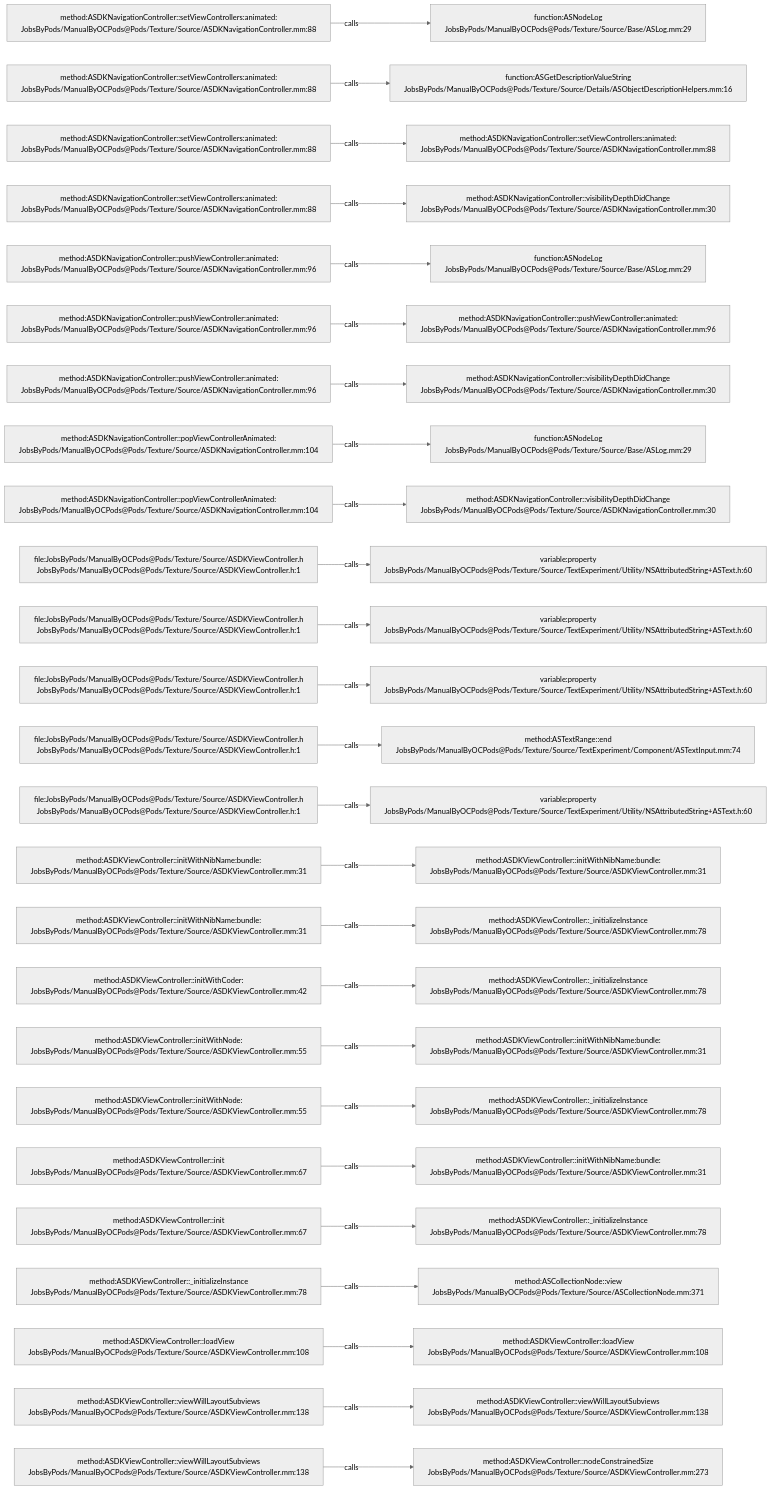
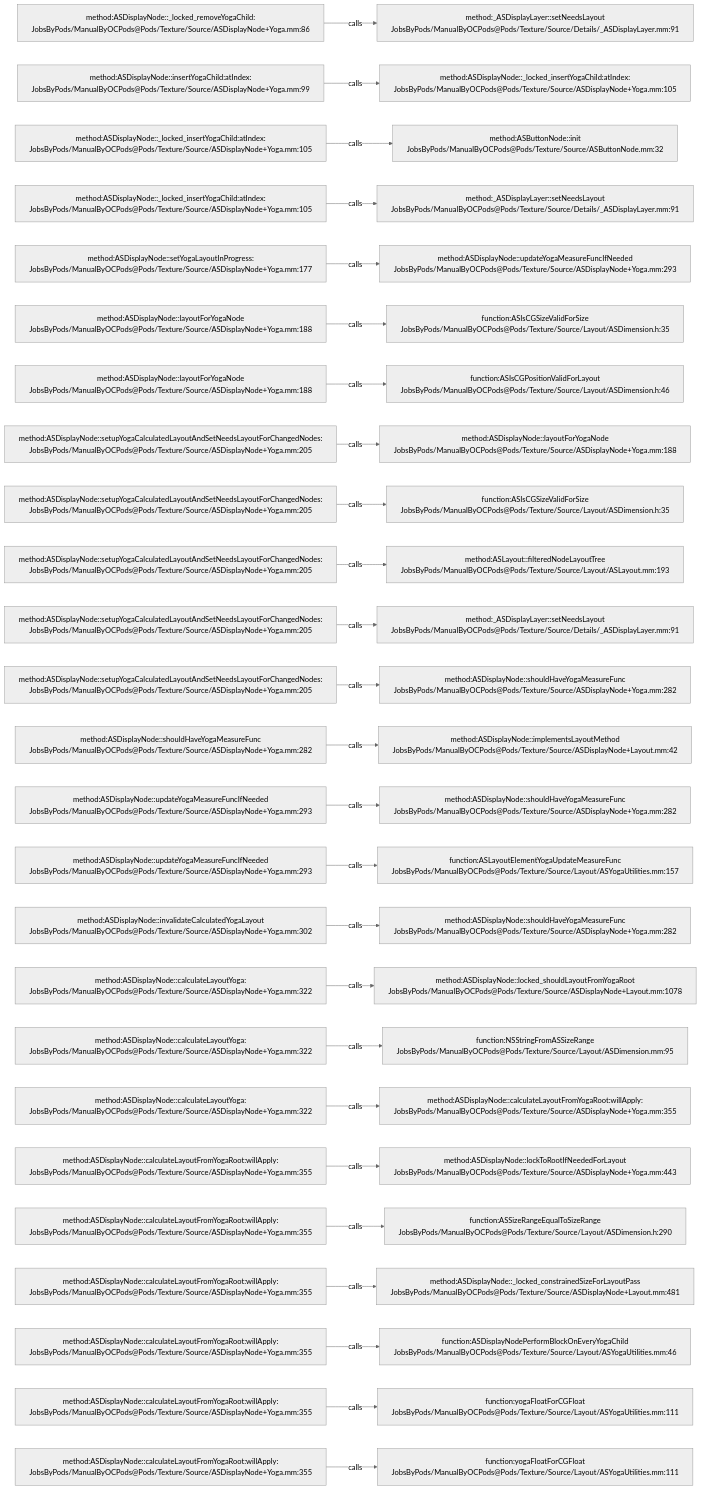
Before and after one commit to JobsKits/JobsOCBaseConfigDemo: the diagram in .codegraph/codegraph.md/graphs/calls-080.md, drawn with Mermaid (neutral theme). The commit also changed 2723 other files, not shown here.

````diff
--- a/.codegraph/codegraph.md/graphs/calls-080.md
+++ b/.codegraph/codegraph.md/graphs/calls-080.md
@@ -13,78 +13,78 @@
 ```mermaid
 flowchart LR
-  S1["method:ASDKNavigationController::setViewControllers:animated:<br/>JobsByPods/ManualByOCPods@Pods/Texture/Source/ASDKNavigationController.mm:88"]
-  T1["function:ASNodeLog<br/>JobsByPods/ManualByOCPods@Pods/Texture/Source/Base/ASLog.mm:29"]
+  S1["method:ASDisplayNode::_locked_removeYogaChild:<br/>JobsByPods/ManualByOCPods@Pods/Texture/Source/ASDisplayNode+Yoga.mm:86"]
+  T1["method:_ASDisplayLayer::setNeedsLayout<br/>JobsByPods/ManualByOCPods@Pods/Texture/Source/Details/_ASDisplayLayer.mm:91"]
   S1 -->|calls| T1
-  S2["method:ASDKNavigationController::setViewControllers:animated:<br/>JobsByPods/ManualByOCPods@Pods/Texture/Source/ASDKNavigationController.mm:88"]
-  T2["function:ASGetDescriptionValueString<br/>JobsByPods/ManualByOCPods@Pods/Texture/Source/Details/ASObjectDescriptionHelpers.mm:16"]
+  S2["method:ASDisplayNode::insertYogaChild:atIndex:<br/>JobsByPods/ManualByOCPods@Pods/Texture/Source/ASDisplayNode+Yoga.mm:99"]
+  T2["method:ASDisplayNode::_locked_insertYogaChild:atIndex:<br/>JobsByPods/ManualByOCPods@Pods/Texture/Source/ASDisplayNode+Yoga.mm:105"]
   S2 -->|calls| T2
-  S3["method:ASDKNavigationController::setViewControllers:animated:<br/>JobsByPods/ManualByOCPods@Pods/Texture/Source/ASDKNavigationController.mm:88"]
-  T3["method:ASDKNavigationController::setViewControllers:animated:<br/>JobsByPods/ManualByOCPods@Pods/Texture/Source/ASDKNavigationController.mm:88"]
+  S3["method:ASDisplayNode::_locked_insertYogaChild:atIndex:<br/>JobsByPods/ManualByOCPods@Pods/Texture/Source/ASDisplayNode+Yoga.mm:105"]
+  T3["method:ASButtonNode::init<br/>JobsByPods/ManualByOCPods@Pods/Texture/Source/ASButtonNode.mm:32"]
   S3 -->|calls| T3
-  S4["method:ASDKNavigationController::setViewControllers:animated:<br/>JobsByPods/ManualByOCPods@Pods/Texture/Source/ASDKNavigationController.mm:88"]
-  T4["method:ASDKNavigationController::visibilityDepthDidChange<br/>JobsByPods/ManualByOCPods@Pods/Texture/Source/ASDKNavigationController.mm:30"]
+  S4["method:ASDisplayNode::_locked_insertYogaChild:atIndex:<br/>JobsByPods/ManualByOCPods@Pods/Texture/Source/ASDisplayNode+Yoga.mm:105"]
+  T4["method:_ASDisplayLayer::setNeedsLayout<br/>JobsByPods/ManualByOCPods@Pods/Texture/Source/Details/_ASDisplayLayer.mm:91"]
   S4 -->|calls| T4
-  S5["method:ASDKNavigationController::pushViewController:animated:<br/>JobsByPods/ManualByOCPods@Pods/Texture/Source/ASDKNavigationController.mm:96"]
-  T5["function:ASNodeLog<br/>JobsByPods/ManualByOCPods@Pods/Texture/Source/Base/ASLog.mm:29"]
+  S5["method:ASDisplayNode::setYogaLayoutInProgress:<br/>JobsByPods/ManualByOCPods@Pods/Texture/Source/ASDisplayNode+Yoga.mm:177"]
+  T5["method:ASDisplayNode::updateYogaMeasureFuncIfNeeded<br/>JobsByPods/ManualByOCPods@Pods/Texture/Source/ASDisplayNode+Yoga.mm:293"]
   S5 -->|calls| T5
-  S6["method:ASDKNavigationController::pushViewController:animated:<br/>JobsByPods/ManualByOCPods@Pods/Texture/Source/ASDKNavigationController.mm:96"]
-  T6["method:ASDKNavigationController::pushViewController:animated:<br/>JobsByPods/ManualByOCPods@Pods/Texture/Source/ASDKNavigationController.mm:96"]
+  S6["method:ASDisplayNode::layoutForYogaNode<br/>JobsByPods/ManualByOCPods@Pods/Texture/Source/ASDisplayNode+Yoga.mm:188"]
+  T6["function:ASIsCGSizeValidForSize<br/>JobsByPods/ManualByOCPods@Pods/Texture/Source/Layout/ASDimension.h:35"]
   S6 -->|calls| T6
-  S7["method:ASDKNavigationController::pushViewController:animated:<br/>JobsByPods/ManualByOCPods@Pods/Texture/Source/ASDKNavigationController.mm:96"]
-  T7["method:ASDKNavigationController::visibilityDepthDidChange<br/>JobsByPods/ManualByOCPods@Pods/Texture/Source/ASDKNavigationController.mm:30"]
+  S7["method:ASDisplayNode::layoutForYogaNode<br/>JobsByPods/ManualByOCPods@Pods/Texture/Source/ASDisplayNode+Yoga.mm:188"]
+  T7["function:ASIsCGPositionValidForLayout<br/>JobsByPods/ManualByOCPods@Pods/Texture/Source/Layout/ASDimension.h:46"]
   S7 -->|calls| T7
-  S8["method:ASDKNavigationController::popViewControllerAnimated:<br/>JobsByPods/ManualByOCPods@Pods/Texture/Source/ASDKNavigationController.mm:104"]
-  T8["function:ASNodeLog<br/>JobsByPods/ManualByOCPods@Pods/Texture/Source/Base/ASLog.mm:29"]
+  S8["method:ASDisplayNode::setupYogaCalculatedLayoutAndSetNeedsLayoutForChangedNodes:<br/>JobsByPods/ManualByOCPods@Pods/Texture/Source/ASDisplayNode+Yoga.mm:205"]
+  T8["method:ASDisplayNode::layoutForYogaNode<br/>JobsByPods/ManualByOCPods@Pods/Texture/Source/ASDisplayNode+Yoga.mm:188"]
   S8 -->|calls| T8
-  S9["method:ASDKNavigationController::popViewControllerAnimated:<br/>JobsByPods/ManualByOCPods@Pods/Texture/Source/ASDKNavigationController.mm:104"]
-  T9["method:ASDKNavigationController::visibilityDepthDidChange<br/>JobsByPods/ManualByOCPods@Pods/Texture/Source/ASDKNavigationController.mm:30"]
+  S9["method:ASDisplayNode::setupYogaCalculatedLayoutAndSetNeedsLayoutForChangedNodes:<br/>JobsByPods/ManualByOCPods@Pods/Texture/Source/ASDisplayNode+Yoga.mm:205"]
+  T9["function:ASIsCGSizeValidForSize<br/>JobsByPods/ManualByOCPods@Pods/Texture/Source/Layout/ASDimension.h:35"]
   S9 -->|calls| T9
-  S10["file:JobsByPods/ManualByOCPods@Pods/Texture/Source/ASDKViewController.h<br/>JobsByPods/ManualByOCPods@Pods/Texture/Source/ASDKViewController.h:1"]
-  T10["variable:property<br/>JobsByPods/ManualByOCPods@Pods/Texture/Source/TextExperiment/Utility/NSAttributedString+ASText.h:60"]
+  S10["method:ASDisplayNode::setupYogaCalculatedLayoutAndSetNeedsLayoutForChangedNodes:<br/>JobsByPods/ManualByOCPods@Pods/Texture/Source/ASDisplayNode+Yoga.mm:205"]
+  T10["method:ASLayout::filteredNodeLayoutTree<br/>JobsByPods/ManualByOCPods@Pods/Texture/Source/Layout/ASLayout.mm:193"]
   S10 -->|calls| T10
-  S11["file:JobsByPods/ManualByOCPods@Pods/Texture/Source/ASDKViewController.h<br/>JobsByPods/ManualByOCPods@Pods/Texture/Source/ASDKViewController.h:1"]
-  T11["variable:property<br/>JobsByPods/ManualByOCPods@Pods/Texture/Source/TextExperiment/Utility/NSAttributedString+ASText.h:60"]
+  S11["method:ASDisplayNode::setupYogaCalculatedLayoutAndSetNeedsLayoutForChangedNodes:<br/>JobsByPods/ManualByOCPods@Pods/Texture/Source/ASDisplayNode+Yoga.mm:205"]
+  T11["method:_ASDisplayLayer::setNeedsLayout<br/>JobsByPods/ManualByOCPods@Pods/Texture/Source/Details/_ASDisplayLayer.mm:91"]
   S11 -->|calls| T11
-  S12["file:JobsByPods/ManualByOCPods@Pods/Texture/Source/ASDKViewController.h<br/>JobsByPods/ManualByOCPods@Pods/Texture/Source/ASDKViewController.h:1"]
-  T12["variable:property<br/>JobsByPods/ManualByOCPods@Pods/Texture/Source/TextExperiment/Utility/NSAttributedString+ASText.h:60"]
+  S12["method:ASDisplayNode::setupYogaCalculatedLayoutAndSetNeedsLayoutForChangedNodes:<br/>JobsByPods/ManualByOCPods@Pods/Texture/Source/ASDisplayNode+Yoga.mm:205"]
+  T12["method:ASDisplayNode::shouldHaveYogaMeasureFunc<br/>JobsByPods/ManualByOCPods@Pods/Texture/Source/ASDisplayNode+Yoga.mm:282"]
   S12 -->|calls| T12
-  S13["file:JobsByPods/ManualByOCPods@Pods/Texture/Source/ASDKViewController.h<br/>JobsByPods/ManualByOCPods@Pods/Texture/Source/ASDKViewController.h:1"]
-  T13["method:ASTextRange::end<br/>JobsByPods/ManualByOCPods@Pods/Texture/Source/TextExperiment/Component/ASTextInput.mm:74"]
+  S13["method:ASDisplayNode::shouldHaveYogaMeasureFunc<br/>JobsByPods/ManualByOCPods@Pods/Texture/Source/ASDisplayNode+Yoga.mm:282"]
+  T13["method:ASDisplayNode::implementsLayoutMethod<br/>JobsByPods/ManualByOCPods@Pods/Texture/Source/ASDisplayNode+Layout.mm:42"]
   S13 -->|calls| T13
-  S14["file:JobsByPods/ManualByOCPods@Pods/Texture/Source/ASDKViewController.h<br/>JobsByPods/ManualByOCPods@Pods/Texture/Source/ASDKViewController.h:1"]
-  T14["variable:property<br/>JobsByPods/ManualByOCPods@Pods/Texture/Source/TextExperiment/Utility/NSAttributedString+ASText.h:60"]
+  S14["method:ASDisplayNode::updateYogaMeasureFuncIfNeeded<br/>JobsByPods/ManualByOCPods@Pods/Texture/Source/ASDisplayNode+Yoga.mm:293"]
+  T14["method:ASDisplayNode::shouldHaveYogaMeasureFunc<br/>JobsByPods/ManualByOCPods@Pods/Texture/Source/ASDisplayNode+Yoga.mm:282"]
   S14 -->|calls| T14
-  S15["method:ASDKViewController::initWithNibName:bundle:<br/>JobsByPods/ManualByOCPods@Pods/Texture/Source/ASDKViewController.mm:31"]
-  T15["method:ASDKViewController::initWithNibName:bundle:<br/>JobsByPods/ManualByOCPods@Pods/Texture/Source/ASDKViewController.mm:31"]
+  S15["method:ASDisplayNode::updateYogaMeasureFuncIfNeeded<br/>JobsByPods/ManualByOCPods@Pods/Texture/Source/ASDisplayNode+Yoga.mm:293"]
+  T15["function:ASLayoutElementYogaUpdateMeasureFunc<br/>JobsByPods/ManualByOCPods@Pods/Texture/Source/Layout/ASYogaUtilities.mm:157"]
   S15 -->|calls| T15
-  S16["method:ASDKViewController::initWithNibName:bundle:<br/>JobsByPods/ManualByOCPods@Pods/Texture/Source/ASDKViewController.mm:31"]
-  T16["method:ASDKViewController::_initializeInstance<br/>JobsByPods/ManualByOCPods@Pods/Texture/Source/ASDKViewController.mm:78"]
+  S16["method:ASDisplayNode::invalidateCalculatedYogaLayout<br/>JobsByPods/ManualByOCPods@Pods/Texture/Source/ASDisplayNode+Yoga.mm:302"]
+  T16["method:ASDisplayNode::shouldHaveYogaMeasureFunc<br/>JobsByPods/ManualByOCPods@Pods/Texture/Source/ASDisplayNode+Yoga.mm:282"]
   S16 -->|calls| T16
-  S17["method:ASDKViewController::initWithCoder:<br/>JobsByPods/ManualByOCPods@Pods/Texture/Source/ASDKViewController.mm:42"]
-  T17["method:ASDKViewController::_initializeInstance<br/>JobsByPods/ManualByOCPods@Pods/Texture/Source/ASDKViewController.mm:78"]
+  S17["method:ASDisplayNode::calculateLayoutYoga:<br/>JobsByPods/ManualByOCPods@Pods/Texture/Source/ASDisplayNode+Yoga.mm:322"]
+  T17["method:ASDisplayNode::locked_shouldLayoutFromYogaRoot<br/>JobsByPods/ManualByOCPods@Pods/Texture/Source/ASDisplayNode+Layout.mm:1078"]
   S17 -->|calls| T17
-  S18["method:ASDKViewController::initWithNode:<br/>JobsByPods/ManualByOCPods@Pods/Texture/Source/ASDKViewController.mm:55"]
-  T18["method:ASDKViewController::initWithNibName:bundle:<br/>JobsByPods/ManualByOCPods@Pods/Texture/Source/ASDKViewController.mm:31"]
+  S18["method:ASDisplayNode::calculateLayoutYoga:<br/>JobsByPods/ManualByOCPods@Pods/Texture/Source/ASDisplayNode+Yoga.mm:322"]
+  T18["function:NSStringFromASSizeRange<br/>JobsByPods/ManualByOCPods@Pods/Texture/Source/Layout/ASDimension.mm:95"]
   S18 -->|calls| T18
-  S19["method:ASDKViewController::initWithNode:<br/>JobsByPods/ManualByOCPods@Pods/Texture/Source/ASDKViewController.mm:55"]
-  T19["method:ASDKViewController::_initializeInstance<br/>JobsByPods/ManualByOCPods@Pods/Texture/Source/ASDKViewController.mm:78"]
+  S19["method:ASDisplayNode::calculateLayoutYoga:<br/>JobsByPods/ManualByOCPods@Pods/Texture/Source/ASDisplayNode+Yoga.mm:322"]
+  T19["method:ASDisplayNode::calculateLayoutFromYogaRoot:willApply:<br/>JobsByPods/ManualByOCPods@Pods/Texture/Source/ASDisplayNode+Yoga.mm:355"]
   S19 -->|calls| T19
-  S20["method:ASDKViewController::init<br/>JobsByPods/ManualByOCPods@Pods/Texture/Source/ASDKViewController.mm:67"]
-  T20["method:ASDKViewController::initWithNibName:bundle:<br/>JobsByPods/ManualByOCPods@Pods/Texture/Source/ASDKViewController.mm:31"]
+  S20["method:ASDisplayNode::calculateLayoutFromYogaRoot:willApply:<br/>JobsByPods/ManualByOCPods@Pods/Texture/Source/ASDisplayNode+Yoga.mm:355"]
+  T20["method:ASDisplayNode::lockToRootIfNeededForLayout<br/>JobsByPods/ManualByOCPods@Pods/Texture/Source/ASDisplayNode+Yoga.mm:443"]
   S20 -->|calls| T20
-  S21["method:ASDKViewController::init<br/>JobsByPods/ManualByOCPods@Pods/Texture/Source/ASDKViewController.mm:67"]
-  T21["method:ASDKViewController::_initializeInstance<br/>JobsByPods/ManualByOCPods@Pods/Texture/Source/ASDKViewController.mm:78"]
+  S21["method:ASDisplayNode::calculateLayoutFromYogaRoot:willApply:<br/>JobsByPods/ManualByOCPods@Pods/Texture/Source/ASDisplayNode+Yoga.mm:355"]
+  T21["function:ASSizeRangeEqualToSizeRange<br/>JobsByPods/ManualByOCPods@Pods/Texture/Source/Layout/ASDimension.h:290"]
   S21 -->|calls| T21
-  S22["method:ASDKViewController::_initializeInstance<br/>JobsByPods/ManualByOCPods@Pods/Texture/Source/ASDKViewController.mm:78"]
-  T22["method:ASCollectionNode::view<br/>JobsByPods/ManualByOCPods@Pods/Texture/Source/ASCollectionNode.mm:371"]
+  S22["method:ASDisplayNode::calculateLayoutFromYogaRoot:willApply:<br/>JobsByPods/ManualByOCPods@Pods/Texture/Source/ASDisplayNode+Yoga.mm:355"]
+  T22["method:ASDisplayNode::_locked_constrainedSizeForLayoutPass<br/>JobsByPods/ManualByOCPods@Pods/Texture/Source/ASDisplayNode+Layout.mm:481"]
   S22 -->|calls| T22
-  S23["method:ASDKViewController::loadView<br/>JobsByPods/ManualByOCPods@Pods/Texture/Source/ASDKViewController.mm:108"]
-  T23["method:ASDKViewController::loadView<br/>JobsByPods/ManualByOCPods@Pods/Texture/Source/ASDKViewController.mm:108"]
+  S23["method:ASDisplayNode::calculateLayoutFromYogaRoot:willApply:<br/>JobsByPods/ManualByOCPods@Pods/Texture/Source/ASDisplayNode+Yoga.mm:355"]
+  T23["function:ASDisplayNodePerformBlockOnEveryYogaChild<br/>JobsByPods/ManualByOCPods@Pods/Texture/Source/Layout/ASYogaUtilities.mm:46"]
   S23 -->|calls| T23
-  S24["method:ASDKViewController::viewWillLayoutSubviews<br/>JobsByPods/ManualByOCPods@Pods/Texture/Source/ASDKViewController.mm:138"]
-  T24["method:ASDKViewController::viewWillLayoutSubviews<br/>JobsByPods/ManualByOCPods@Pods/Texture/Source/ASDKViewController.mm:138"]
+  S24["method:ASDisplayNode::calculateLayoutFromYogaRoot:willApply:<br/>JobsByPods/ManualByOCPods@Pods/Texture/Source/ASDisplayNode+Yoga.mm:355"]
+  T24["function:yogaFloatForCGFloat<br/>JobsByPods/ManualByOCPods@Pods/Texture/Source/Layout/ASYogaUtilities.mm:111"]
   S24 -->|calls| T24
-  S25["method:ASDKViewController::viewWillLayoutSubviews<br/>JobsByPods/ManualByOCPods@Pods/Texture/Source/ASDKViewController.mm:138"]
-  T25["method:ASDKViewController::nodeConstrainedSize<br/>JobsByPods/ManualByOCPods@Pods/Texture/Source/ASDKViewController.mm:273"]
+  S25["method:ASDisplayNode::calculateLayoutFromYogaRoot:willApply:<br/>JobsByPods/ManualByOCPods@Pods/Texture/Source/ASDisplayNode+Yoga.mm:355"]
+  T25["function:yogaFloatForCGFloat<br/>JobsByPods/ManualByOCPods@Pods/Texture/Source/Layout/ASYogaUtilities.mm:111"]
   S25 -->|calls| T25
 ```
````
